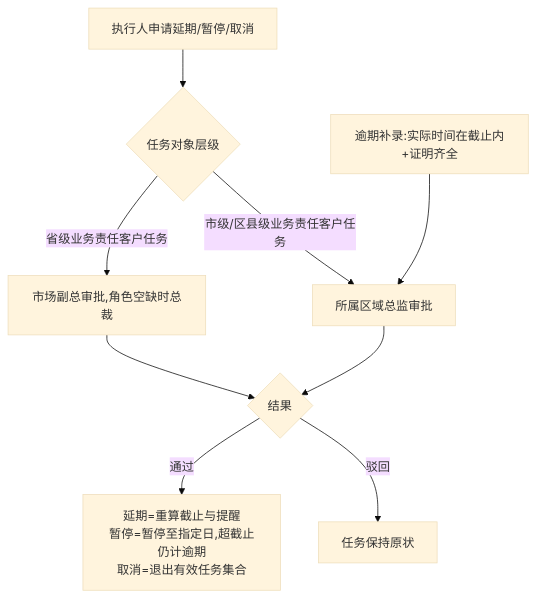
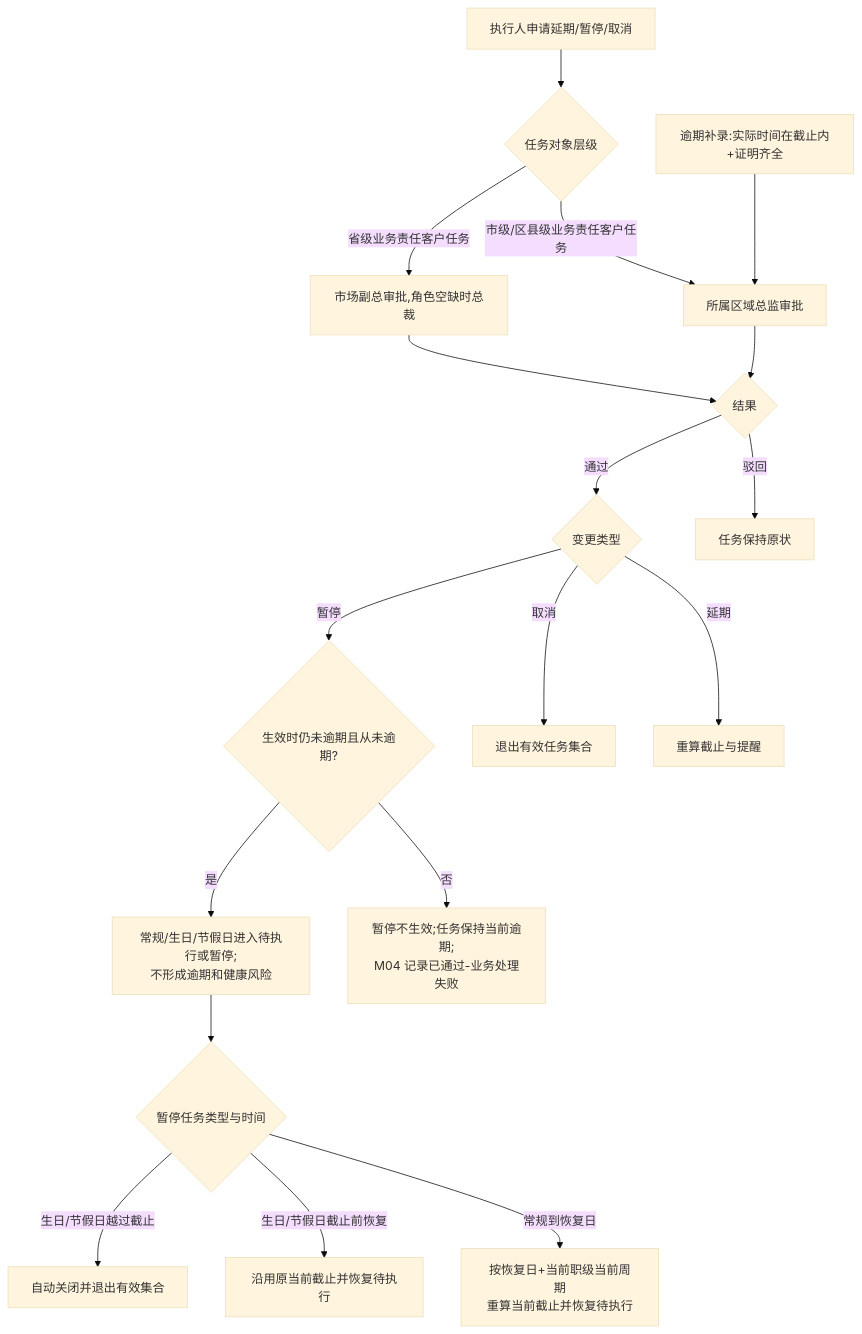
One commit to Joker-1030/Yingjia-Internal-Management-System changed the diagram in prd-workspace/current/user-flows/FLOW-12-M03-task-exception-approval.md. Above: the diagram before and after it, drawn with Mermaid (base theme). The commit also changed other lines of this file and 43 other files, not shown here.

````diff
--- a/prd-workspace/current/user-flows/FLOW-12-M03-task-exception-approval.md
+++ b/prd-workspace/current/user-flows/FLOW-12-M03-task-exception-approval.md
@@ -8,11 +8,20 @@
 ```mermaid
 flowchart TD
     A[执行人申请延期/暂停/取消] --> B{任务对象层级}
     B -- 市级/区县级业务责任客户任务 --> C[所属区域总监审批]
     B -- 省级业务责任客户任务 --> D[市场副总审批,角色空缺时总裁]
     C --> E{结果}
     D --> E
     E -- 驳回 --> F[任务保持原状]
-    E -- 通过 --> G[延期=重算截止与提醒<br/>暂停=暂停至指定日,超截止仍计逾期<br/>取消=退出有效任务集合]
-    H[逾期补录:实际时间在截止内+证明齐全] --> C
+    E -- 通过 --> G{变更类型}
+    G -- 延期 --> H[重算截止与提醒]
+    G -- 取消 --> I[退出有效任务集合]
+    G -- 暂停 --> J{生效时仍未逾期且从未逾期?}
+    J -- 否 --> K[暂停不生效;任务保持当前逾期;<br/>M04 记录已通过-业务处理失败]
+    J -- 是 --> L[常规/生日/节假日进入待执行或暂停;<br/>不形成逾期和健康风险]
+    L --> M{暂停任务类型与时间}
+    M -- 常规到恢复日 --> N[按恢复日+当前职级当前周期<br/>重算当前截止并恢复待执行]
+    M -- 生日/节假日截止前恢复 --> O[沿用原当前截止并恢复待执行]
+    M -- 生日/节假日越过截止 --> P[自动关闭并退出有效集合]
+    Q[逾期补录:实际时间在截止内+证明齐全] --> C
 ```
````
